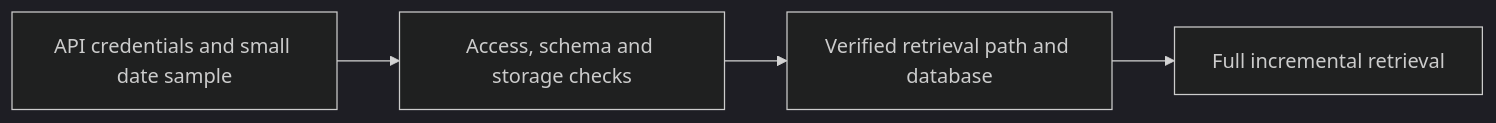
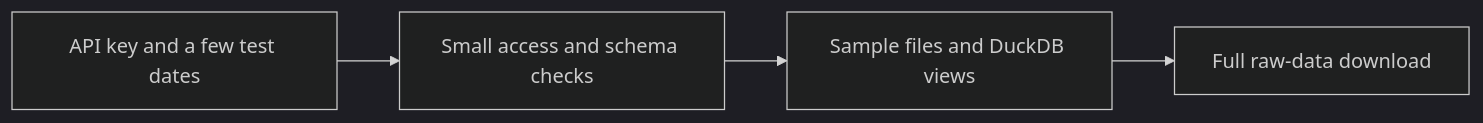
Before and after one commit to Ferreter/Dissertation: the diagram in docs/notebooks/01_massive_database_starter.md, drawn with Mermaid (dark theme). The commit also changed other lines of this file and 27 other files, not shown here.

````diff
--- a/docs/notebooks/01_massive_database_starter.md
+++ b/docs/notebooks/01_massive_database_starter.md
@@ -12,6 +13,6 @@
 ```mermaid
 flowchart LR
-    A["API credentials and small date sample"] --> B["Access, schema and storage checks"]
-    B --> C["Verified retrieval path and database"]
-    C --> D["Full incremental retrieval"]
+    A["API key and a few test dates"] --> B["Small access and schema checks"]
+    B --> C["Sample files and DuckDB views"]
+    C --> D["Full raw-data download"]
 ```
````
